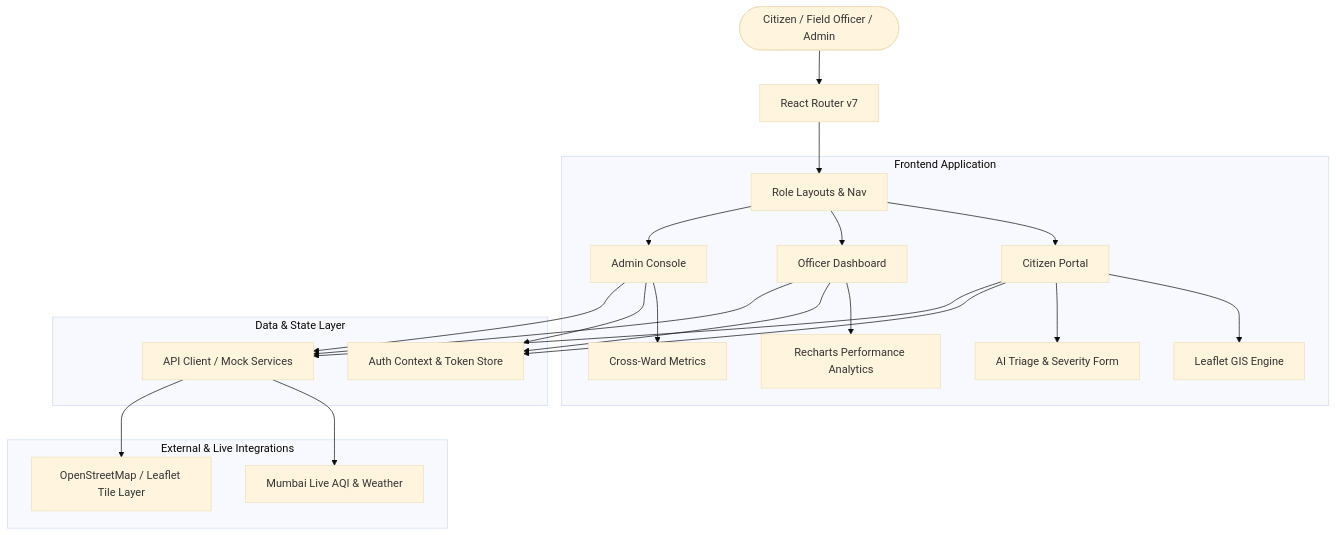
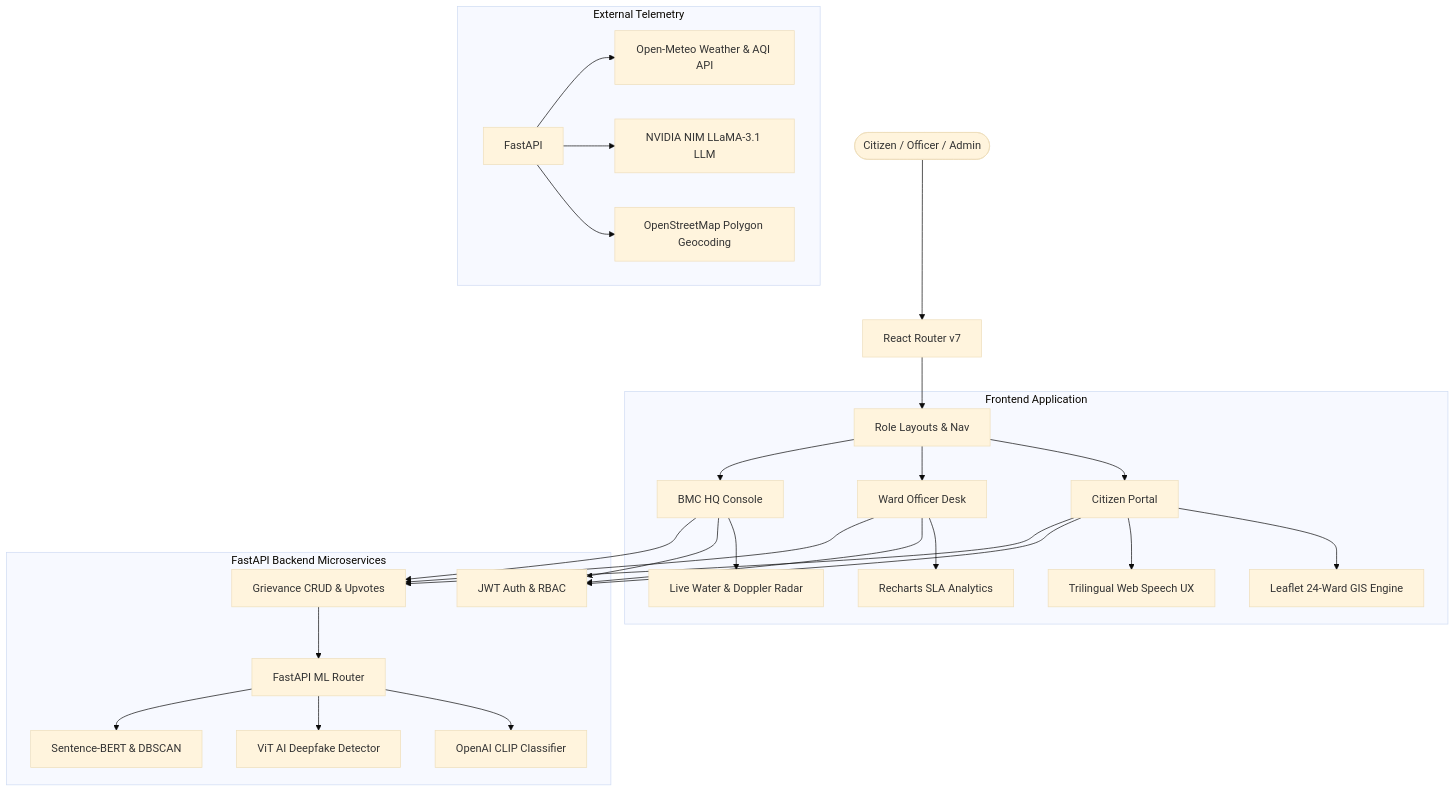
One commit to Proacoder/Hikari changed the second of 2 diagrams in README.md. Above: the diagram before and after it, drawn with Mermaid (base theme). The commit also changed other lines of this file, not shown here.

Commit message:
docs(readme): update tech stack with OpenAI CLIP, ViT authenticity detector, full AI architecture, and team contributor hierarchy

````diff
--- a/README.md
+++ b/README.md
@@ -55,26 +101,32 @@
 ```mermaid
 graph TD
-    User([Citizen / Field Officer / Admin]) --> Router[React Router v7]
+    User([Citizen / Officer / Admin]) --> Router[React Router v7]
     Router --> Layouts[Role Layouts & Nav]
     
     subgraph Frontend Application
         Layouts --> CitizenView[Citizen Portal]
-        Layouts --> OfficerView[Officer Dashboard]
-        Layouts --> AdminView[Admin Console]
+        Layouts --> OfficerView[Ward Officer Desk]
+        Layouts --> AdminView[BMC HQ Console]
         
-        CitizenView --> CompMap[Leaflet GIS Engine]
-        CitizenView --> AIForm[AI Triage & Severity Form]
-        OfficerView --> RechartsView[Recharts Performance Analytics]
-        AdminView --> MacroHeatmap[Cross-Ward Metrics]
+        CitizenView --> LeafletGIS[Leaflet 24-Ward GIS Engine]
+        CitizenView --> VoiceEngine[Trilingual Web Speech UX]
+        OfficerView --> RechartsKPI[Recharts SLA Analytics]
+        AdminView --> FloodTelemetry[Live Water & Doppler Radar]
     end
     
-    subgraph Data & State Layer
-        CitizenView & OfficerView & AdminView --> AuthContext[Auth Context & Token Store]
-        CitizenView & OfficerView & AdminView --> ApiLayer[API Client / Mock Services]
+    subgraph FastAPI Backend Microservices
+        CitizenView & OfficerView & AdminView --> AuthAPI[JWT Auth & RBAC]
+        CitizenView & OfficerView & AdminView --> GrievanceAPI[Grievance CRUD & Upvotes]
+        GrievanceAPI --> MLRouter[FastAPI ML Router]
+        
+        MLRouter --> CLIPEngine[OpenAI CLIP Classifier]
+        MLRouter --> ViTDetector[ViT AI Deepfake Detector]
+        MLRouter --> SBERTEngine[Sentence-BERT & DBSCAN]
     end
     
-    subgraph External & Live Integrations
-        ApiLayer --> WeatherAPI[Mumbai Live AQI & Weather]
-        ApiLayer --> GeoData[OpenStreetMap / Leaflet Tile Layer]
+    subgraph External Telemetry
+        FastAPI --> OpenMeteo[Open-Meteo Weather & AQI API]
+        FastAPI --> NVIDIANIM[NVIDIA NIM LLaMA-3.1 LLM]
+        FastAPI --> OpenStreetMap[OpenStreetMap Polygon Geocoding]
     end
 ```
````
